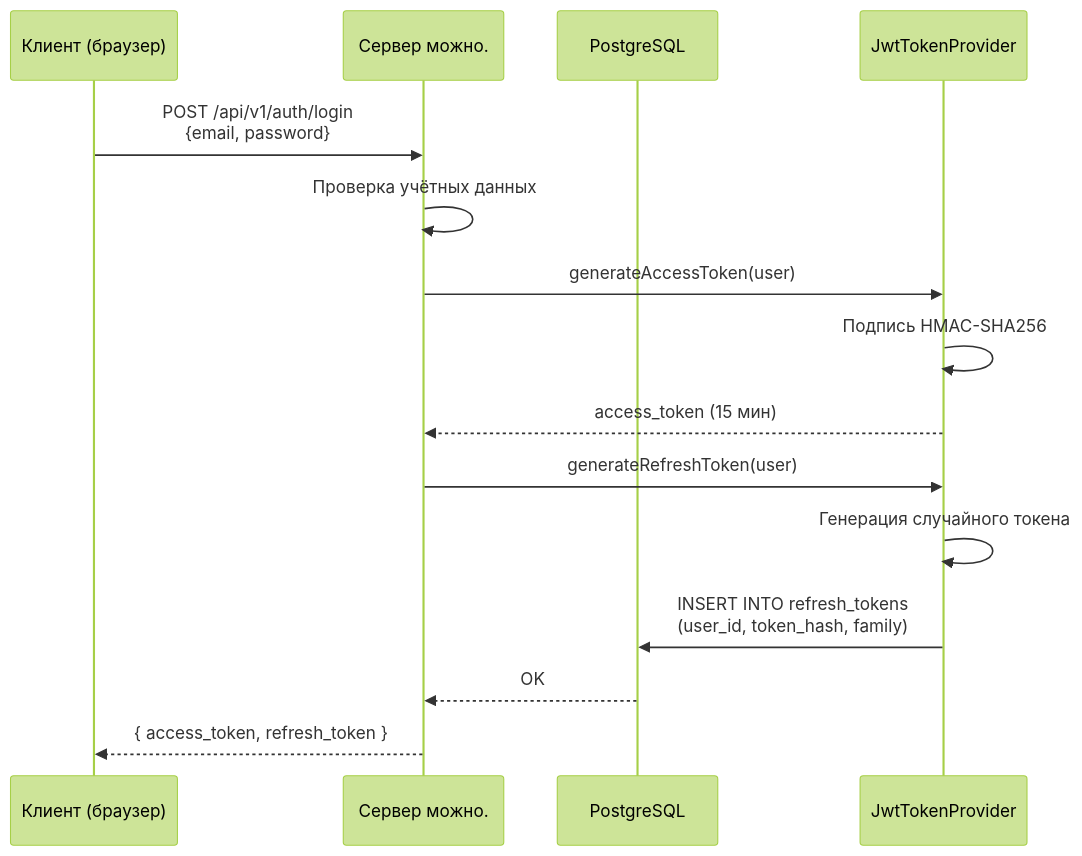
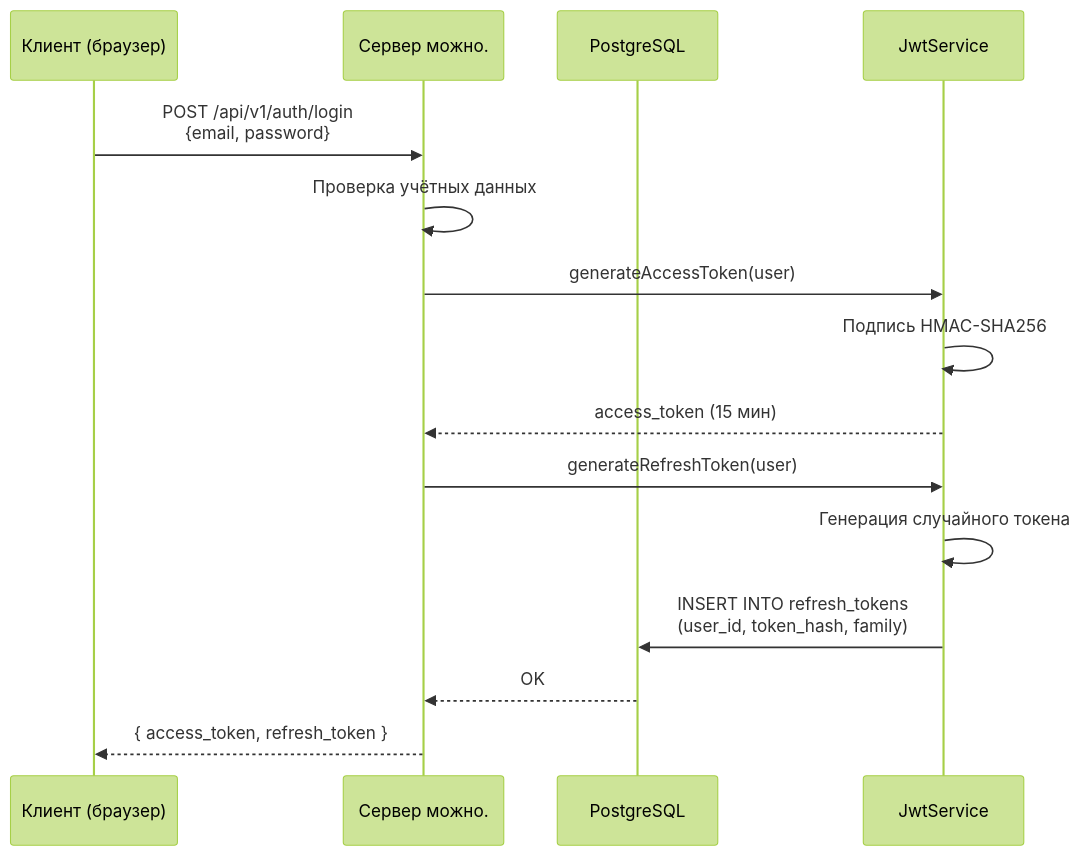
The third of 6 diagrams in docs/advanced/architecture.md (edgar-dev20/mozhno), drawn with Mermaid (forest theme) before and after one commit. The commit also changed other lines of this file and 22 other files, not shown here.

````diff
--- a/docs/advanced/architecture.md
+++ b/docs/advanced/architecture.md
@@ -184,18 +184,18 @@
 ```mermaid
 sequenceDiagram
     participant Client as Клиент (браузер)
     participant Server as Сервер можно.
     participant DB as PostgreSQL
-    participant JWT as JwtTokenProvider
+    participant JWT as JwtService
 
     Client->>Server: POST /api/v1/auth/login<br/>{email, password}
     Server->>Server: Проверка учётных данных
     Server->>JWT: generateAccessToken(user)
     JWT->>JWT: Подпись HMAC-SHA256
     JWT-->>Server: access_token (15 мин)
     Server->>JWT: generateRefreshToken(user)
     JWT->>JWT: Генерация случайного токена
     JWT->>DB: INSERT INTO refresh_tokens<br/>(user_id, token_hash, family)
     DB-->>Server: OK
     Server-->>Client: { access_token, refresh_token }
 ```
````
